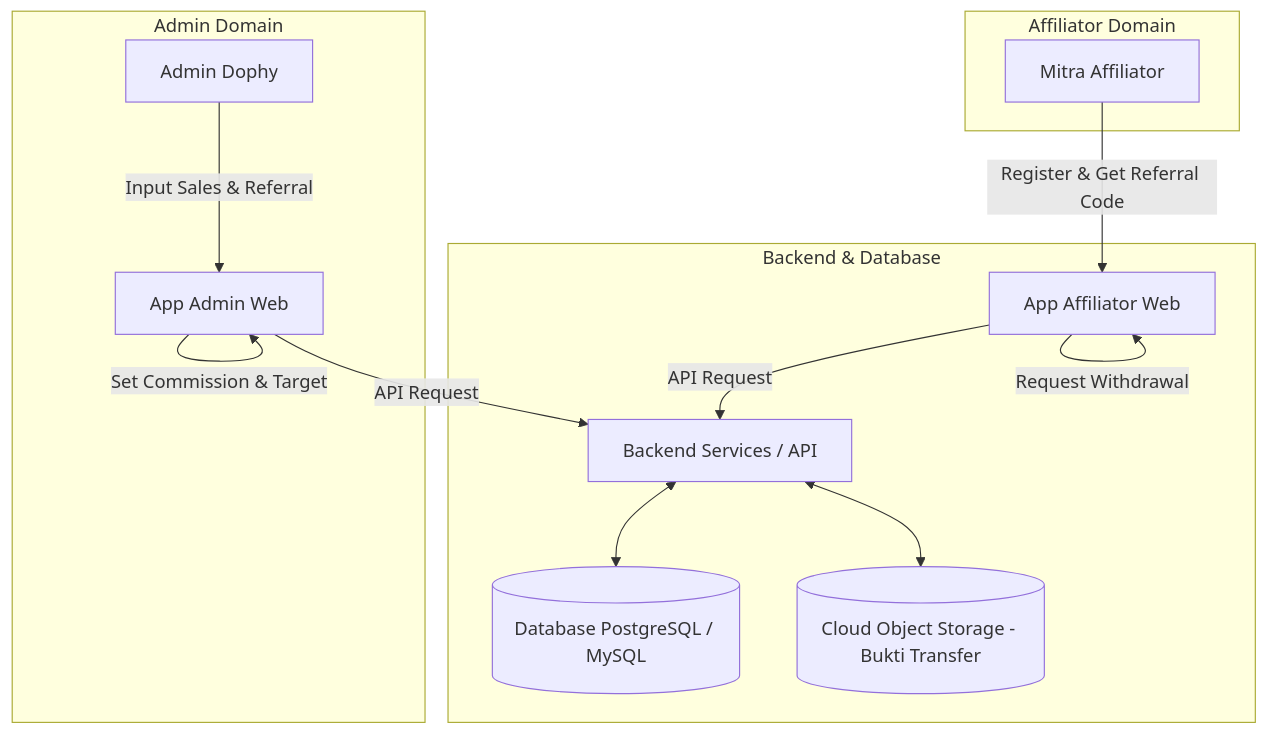
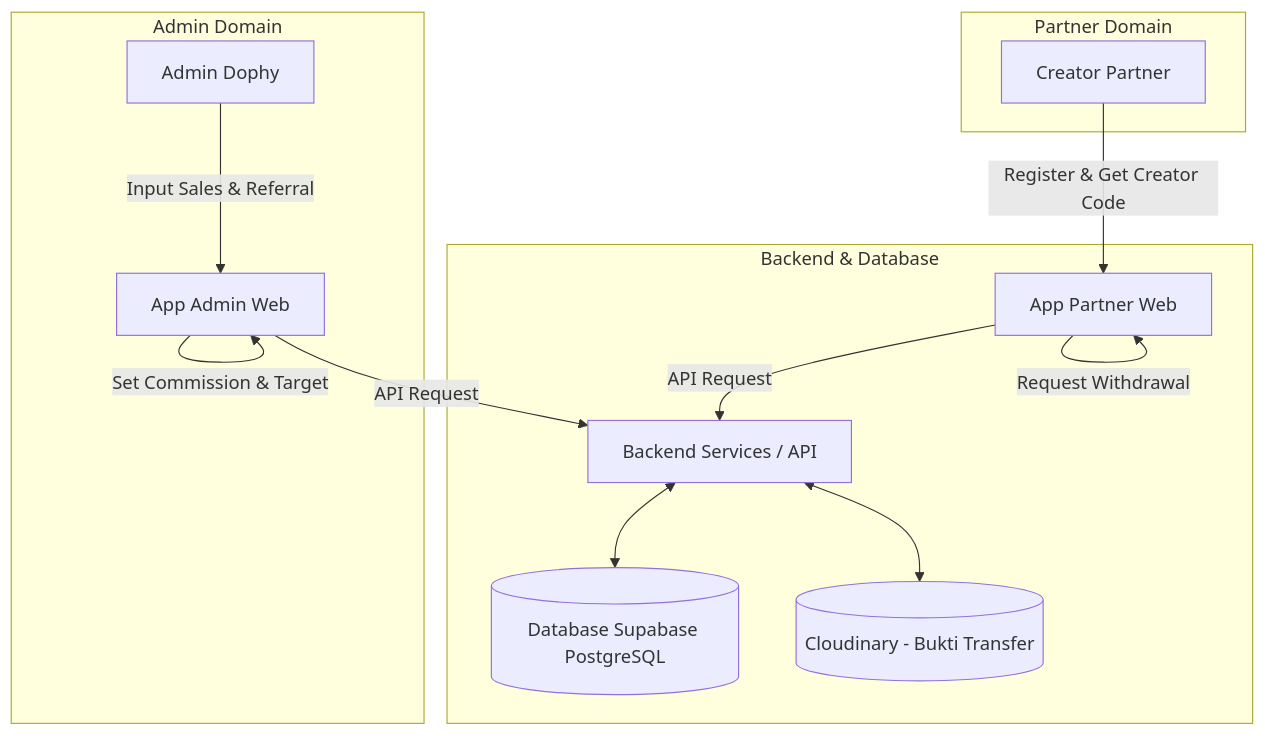
The first of 2 diagrams in docs/project-plan-review.md (overcode-lab/dophy), drawn with Mermaid before and after one commit. The commit also changed other lines of this file and 111 other files, not shown here.

Commit message:
feat: complete rebranding to partner app, soft delete products, commission standardization and receipt UI refinement

````diff
--- a/docs/project-plan-review.md
+++ b/docs/project-plan-review.md
@@ -43,21 +41,21 @@
 ```mermaid
 graph TD
     subgraph Admin Domain
         A[Admin Dophy] -->|Input Sales & Referral| AdminApp[App Admin Web]
         AdminApp -->|Upload Transfer Proof| AdminApp
         AdminApp -->|Set Commission & Target| AdminApp
     end
 
     subgraph Backend & Database
         AdminApp -->|API Request| Server[Backend Services / API]
-        AffiliateApp -->|API Request| Server
-        Server <--> DB[(Database PostgreSQL / MySQL)]
-        Server <--> Storage[(Cloud Object Storage - Bukti Transfer)]
+        PartnerApp -->|API Request| Server
+        Server <--> DB[(Database Supabase PostgreSQL)]
+        Server <--> Storage[(Cloudinary - Bukti Transfer)]
     end
 
-    subgraph Affiliator Domain
-        B[Mitra Affiliator] -->|Register & Get Referral Code| AffiliateApp[App Affiliator Web]
-        AffiliateApp -->|View Dashboard & Balance| AffiliateApp
-        AffiliateApp -->|Request Withdrawal| AffiliateApp
+    subgraph Partner Domain
+        B[Creator Partner] -->|Register & Get Creator Code| PartnerApp[App Partner Web]
+        PartnerApp -->|View Dashboard & Balance| PartnerApp
+        PartnerApp -->|Request Withdrawal| PartnerApp
     end
 ```
````
